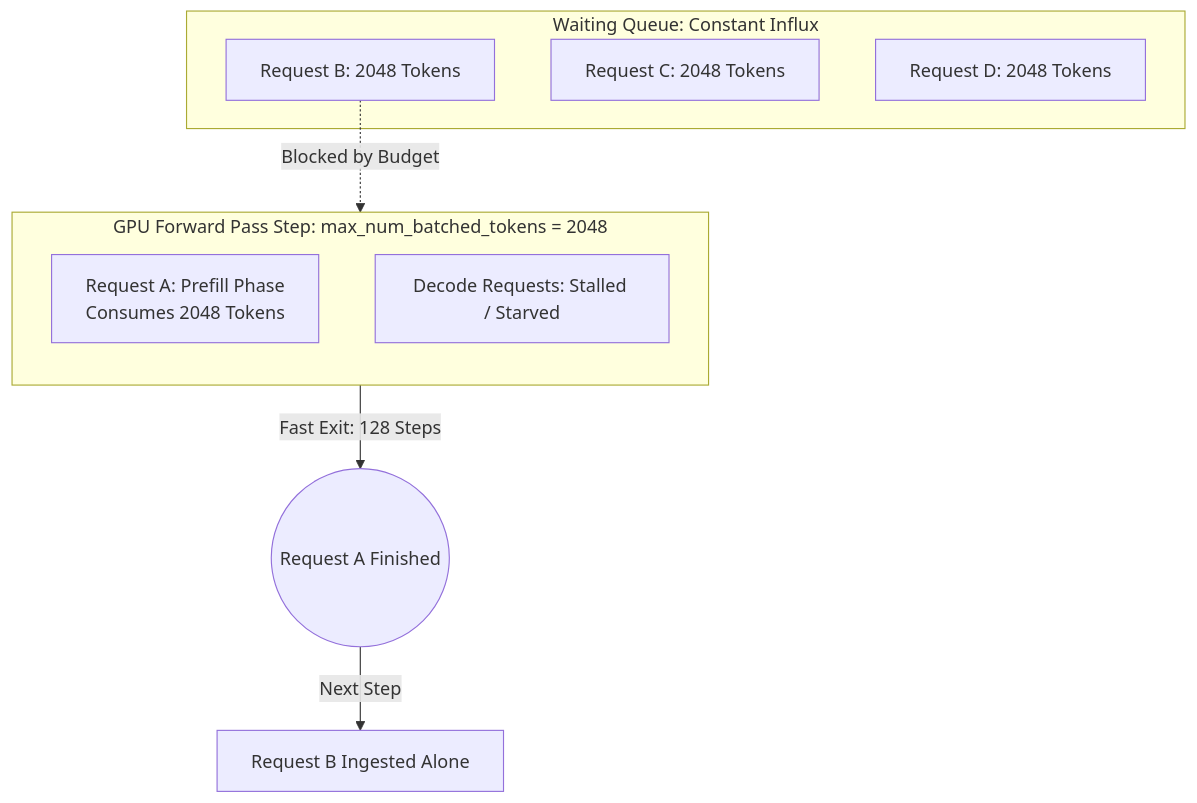
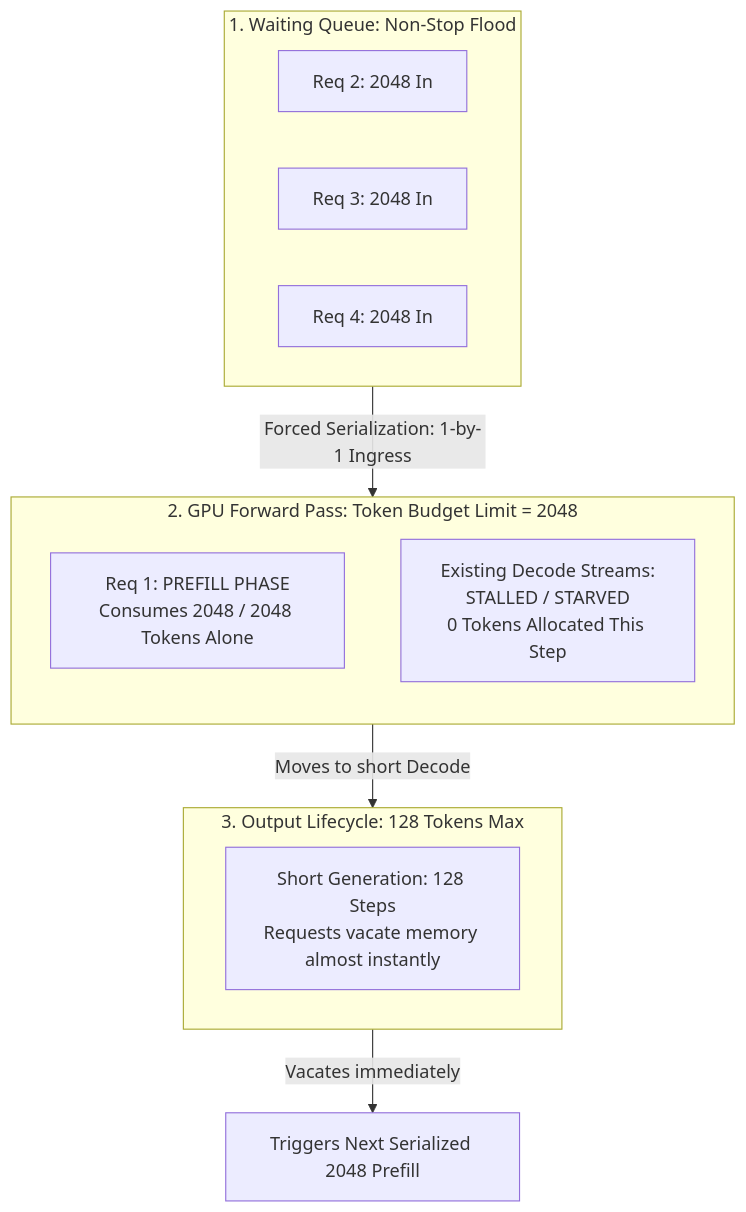
The first of 2 diagrams in AEM/vLLM_Perf_Analysis.md (intel-ai-tce/ai-documents), drawn with Mermaid before and after one commit. The commit also changed other lines of this file, not shown here.

````diff
--- a/AEM/vLLM_Perf_Analysis.md
+++ b/AEM/vLLM_Perf_Analysis.md
@@ -31,18 +20,28 @@
 ```mermaid
 graph TD
-    subgraph Waiting_Queue [Waiting Queue: Constant Influx]
-        ReqB[Request B: 2048 Tokens]
-        ReqC[Request C: 2048 Tokens]
-        ReqD[Request D: 2048 Tokens]
+    %% Layer 1: Waiting Queue
+    subgraph Layer1_A [1. Waiting Queue: Non-Stop Flood]
+        direction LR
+        ReqA2[Req 2: 2048 In]
+        ReqA3[Req 3: 2048 In]
+        ReqA4[Req 4: 2048 In]
     end
 
-    subgraph GPU_Pass [GPU Forward Pass Step: max_num_batched_tokens = 2048]
+    %% Layer 2: GPU Processing Core
+    subgraph Layer2_A [2. GPU Forward Pass: Token Budget Limit = 2048]
         direction TB
-        ActivePrefill[Request A: Prefill Phase<br>Consumes 2048 Tokens]
-        StalledDecode[Decode Requests: Stalled / Starved]
+        ActivePrefill_A[Req 1: PREFILL PHASE<br/>Consumes 2048 / 2048 Tokens Alone]
+        StarvedDecode_A[Existing Decode Streams:<br/>STALLED / STARVED<br/>0 Tokens Allocated This Step]
     end
 
-    ReqB -.->|Blocked by Budget| GPU_Pass
-    ActivePrefill -->|Fast Exit: 128 Steps| Terminated((Request A Finished))
-    Terminated -->|Next Step| NextPrefill[Request B Ingested Alone]
+    %% Layer 3: Lifespan
+    subgraph Layer3_A [3. Output Lifecycle: 128 Tokens Max]
+        direction LR
+        FastExit[Short Generation: 128 Steps<br/>Requests vacate memory almost instantly]
+    end
+
+    %% Connections
+    Layer1_A -->|Forced Serialization: 1-by-1 Ingress| ActivePrefill_A
+    ActivePrefill_A -->|Moves to short Decode| FastExit
+    FastExit -->|Vacates immediately| NextJam[Triggers Next Serialized 2048 Prefill]
 ```
````
